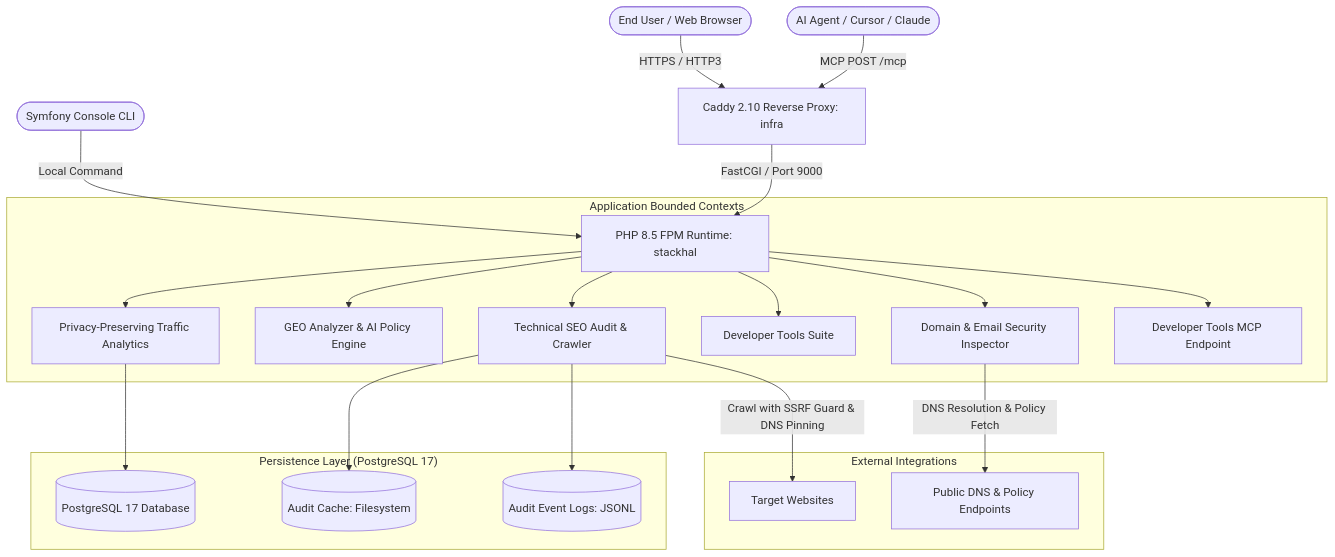
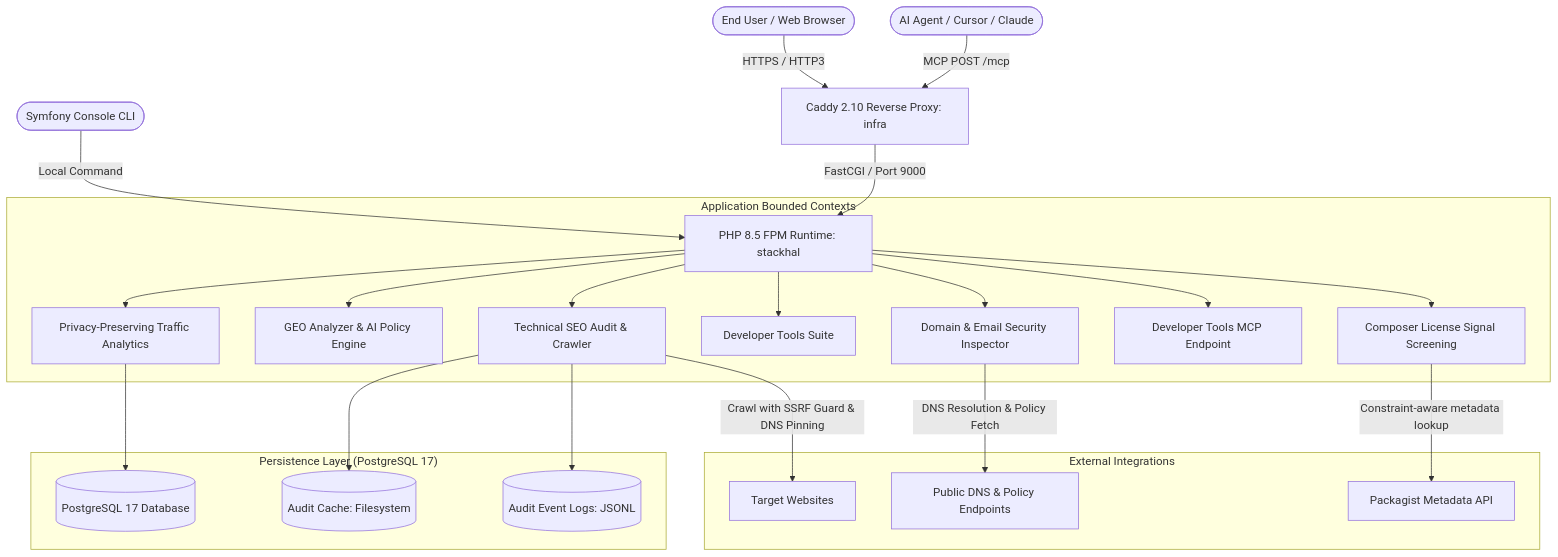
The diagram in ARCHITECTURE.md (bahdanhal/stackhal), drawn with Mermaid before and after one commit. The commit also changed other lines of this file and 41 other files, not shown here.

Commit message:
feat(composer-license): add interactive license checker tool, MCP endpoints, and empirical research article

````diff
--- a/ARCHITECTURE.md
+++ b/ARCHITECTURE.md
@@ -9,28 +9,30 @@
 ```mermaid
 graph TD
     User([End User / Web Browser]) -->|HTTPS / HTTP3| Caddy[Caddy 2.10 Reverse Proxy: infra]
     Agent([AI Agent / Cursor / Claude]) -->|MCP POST /mcp| Caddy
     CLI([Symfony Console CLI]) -->|Local Command| PHP[PHP 8.5 FPM Runtime: stackhal]
 
     Caddy -->|FastCGI / Port 9000| PHP
     
     subgraph "Application Bounded Contexts"
         PHP --> AuditContext[Technical SEO Audit & Crawler]
         PHP --> GeoContext[GEO Analyzer & AI Policy Engine]
         PHP --> DomainInspectorContext[Domain & Email Security Inspector]
         PHP --> DevToolsContext[Developer Tools Suite]
         PHP --> AnalyticsContext[Privacy-Preserving Traffic Analytics]
         PHP --> McpContext[Developer Tools MCP Endpoint]
+        PHP --> ComposerLicenseContext[Composer License Signal Screening]
     end
 
     subgraph "External Integrations"
         AuditContext -->|Crawl with SSRF Guard & DNS Pinning| ExternalWeb[Target Websites]
         DomainInspectorContext -->|DNS Resolution & Policy Fetch| PublicDns[Public DNS & Policy Endpoints]
+        ComposerLicenseContext -->|Constraint-aware metadata lookup| Packagist[Packagist Metadata API]
     end
 
     subgraph "Persistence Layer (PostgreSQL 17)"
         AnalyticsContext --> PostgreSQL[(PostgreSQL 17 Database)]
         AuditContext --> AuditCache[(Audit Cache: Filesystem)]
         AuditContext --> AuditLogs[(Audit Event Logs: JSONL)]
     end
 ```
````
